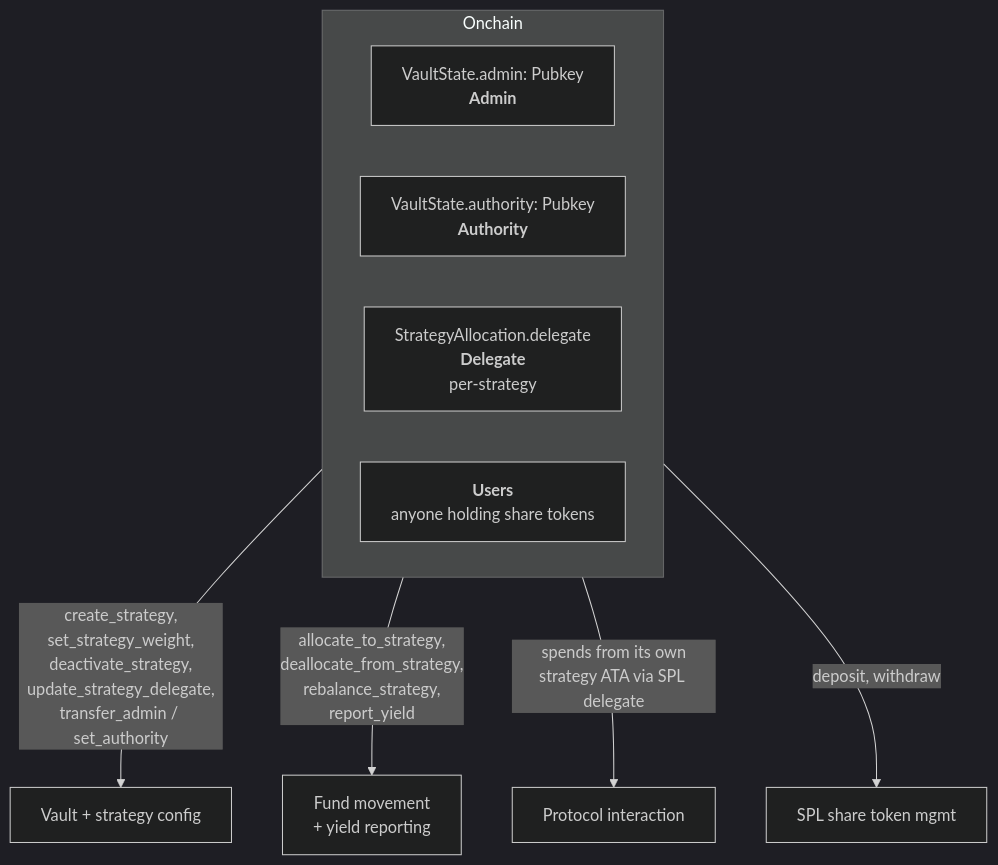
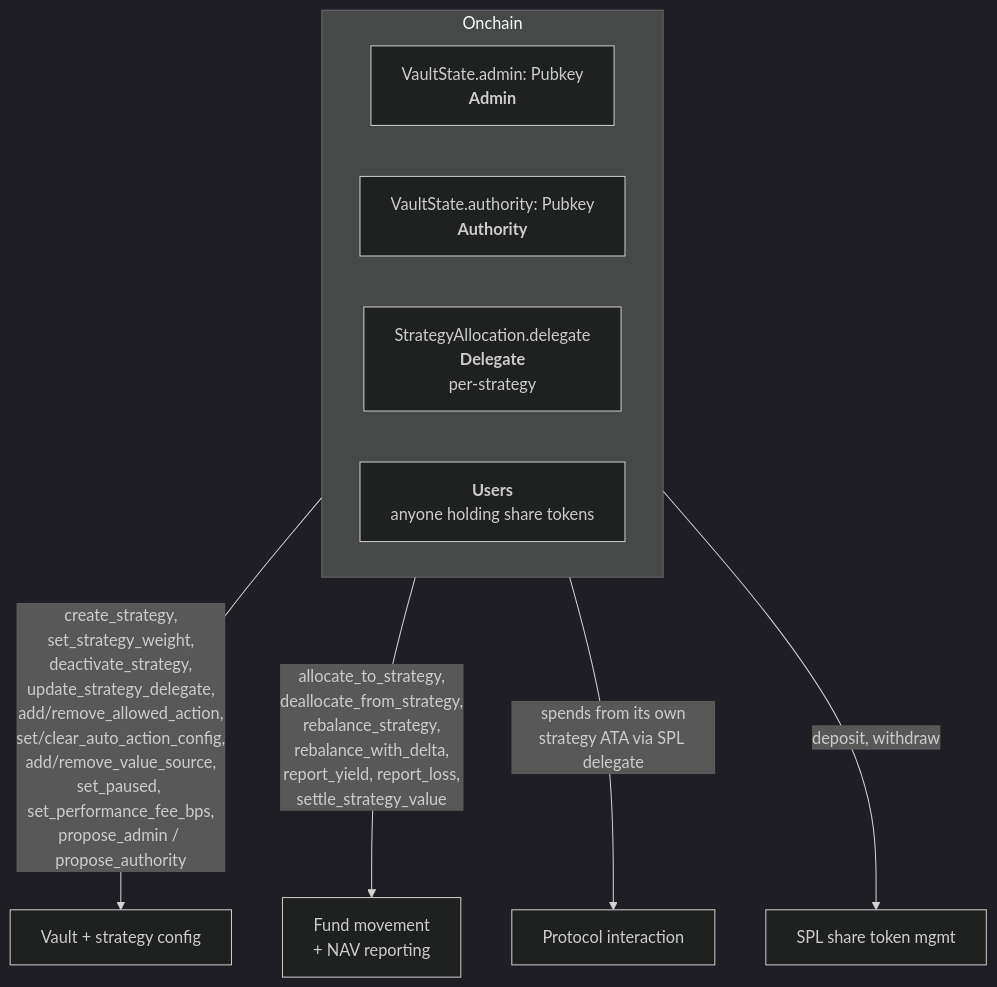
One commit to Erebor-Vault/erebor-solana changed the third of 8 diagrams in docs/OVERVIEW.md. Above: the diagram before and after it, drawn with Mermaid (dark theme). The commit also changed other lines of this file and 52 other files, not shown here.

First line of the commit message:
port: step 8 — Phase-5 value sources, NAV settle, auto-action config

````diff
--- a/docs/OVERVIEW.md
+++ b/docs/OVERVIEW.md
@@ -188,15 +190,15 @@
 ```mermaid
 flowchart TB
     subgraph Onchain
         direction LR
         ADM[VaultState.admin: Pubkey<br/><b>Admin</b>]
         AUT[VaultState.authority: Pubkey<br/><b>Authority</b>]
         DEL[StrategyAllocation.delegate<br/><b>Delegate</b><br/>per-strategy]
         USR[<b>Users</b><br/>anyone holding share tokens]
     end
 
-    ADM --> |create_strategy,<br/>set_strategy_weight,<br/>deactivate_strategy,<br/>update_strategy_delegate,<br/>transfer_admin / set_authority| Caps1[Vault + strategy config]
-    AUT --> |allocate_to_strategy,<br/>deallocate_from_strategy,<br/>rebalance_strategy,<br/>report_yield| Caps2[Fund movement<br/>+ yield reporting]
+    ADM --> |create_strategy,<br/>set_strategy_weight,<br/>deactivate_strategy,<br/>update_strategy_delegate,<br/>add/remove_allowed_action,<br/>set/clear_auto_action_config,<br/>add/remove_value_source,<br/>set_paused, set_performance_fee_bps,<br/>propose_admin / propose_authority| Caps1[Vault + strategy config]
+    AUT --> |allocate_to_strategy,<br/>deallocate_from_strategy,<br/>rebalance_strategy,<br/>rebalance_with_delta,<br/>report_yield, report_loss,<br/>settle_strategy_value| Caps2[Fund movement<br/>+ NAV reporting]
     DEL --> |spends from its own<br/>strategy ATA via SPL delegate| Caps3[Protocol interaction]
     USR --> |deposit, withdraw| Caps4[SPL share token mgmt]
 ```
````
